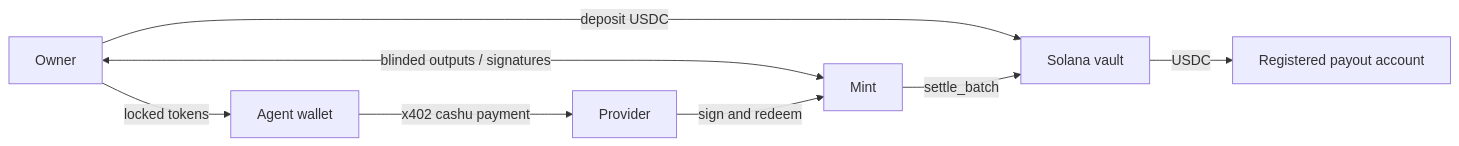
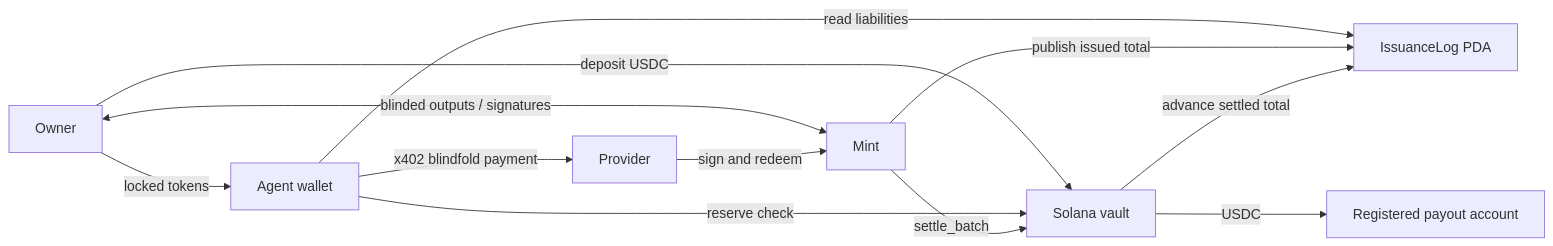
One commit to brockbenton/blindfold changed the diagram in docs/design.md. Above: the diagram before and after it, drawn with Mermaid. The commit also changed other lines of this file and 15 other files, not shown here.

Commit message:
Align submission documentation with the implemented flows

````diff
--- a/docs/design.md
+++ b/docs/design.md
@@ -7,10 +7,14 @@
 ```mermaid
 flowchart LR
     Owner[Owner] -->|deposit USDC| Vault[Solana vault]
     Owner <-->|blinded outputs / signatures| Mint[Mint]
     Owner -->|locked tokens| Agent[Agent wallet]
-    Agent -->|x402 cashu payment| Provider[Provider]
+    Agent -->|reserve check| Vault
+    Agent -->|read liabilities| Log["IssuanceLog PDA"]
+    Mint -->|publish issued total| Log
+    Vault -->|advance settled total| Log
+    Agent -->|x402 blindfold payment| Provider[Provider]
     Provider -->|sign and redeem| Mint
     Mint -->|settle_batch| Vault
     Vault -->|USDC| Payout[Registered payout account]
 ```
````
